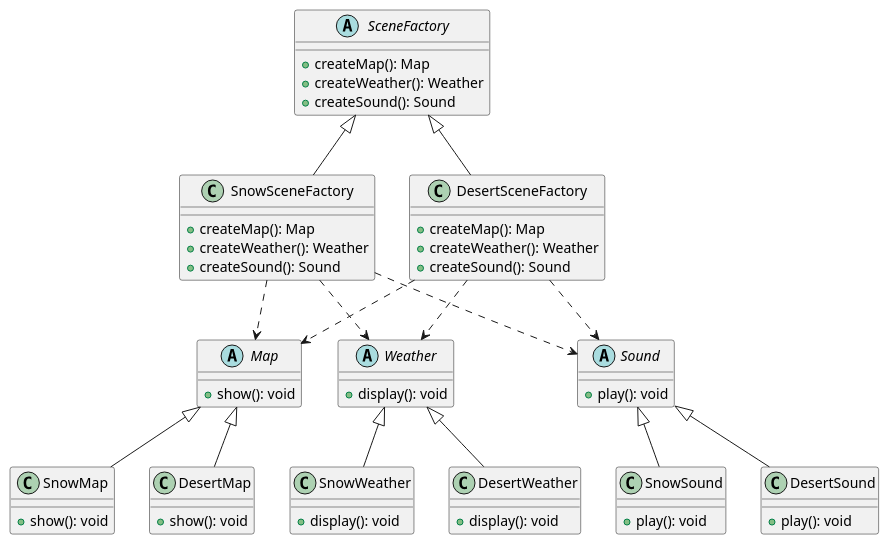
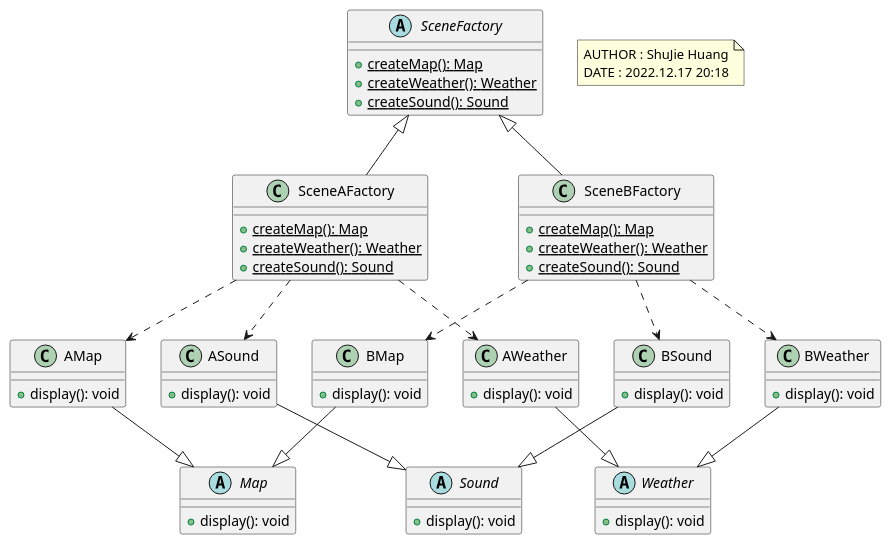
Before and after one commit to Daowaishho/ArchitectureLab2: the diagram in src/main/java/question5/1.puml, drawn with PlantUML. The commit also changed 40 other files, not shown here.

```diff
--- a/src/main/java/question5/1.puml
+++ b/src/main/java/question5/1.puml
@@ -1,64 +1,81 @@
 @startuml
 
 abstract class SceneFactory {
-    +createMap(): Map
-    +createWeather(): Weather
-    +createSound(): Sound
+    + {static} createMap(): Map
+    + {static} createWeather(): Weather
+    + {static} createSound(): Sound
 }
 
-class SnowSceneFactory extends SceneFactory {
-    +createMap(): Map
-    +createWeather(): Weather
-    +createSound(): Sound
+class SceneAFactory {
+    + {static} createMap(): Map
+    + {static} createWeather(): Weather
+    + {static} createSound(): Sound
 }
 
-class DesertSceneFactory extends SceneFactory {
-    +createMap(): Map
-    +createWeather(): Weather
-    +createSound(): Sound
+class SceneBFactory{
+    + {static} createMap(): Map
+    + {static} createWeather(): Weather
+    + {static} createSound(): Sound
 }
 
 abstract class Map {
-    +show(): void
+    + display(): void
 }
 
-class SnowMap extends Map {
-    +show(): void
+class AMap{
+    + display(): void
 }
 
-class DesertMap extends Map {
-    +show(): void
+class BMap {
+    + display(): void
 }
 
 abstract class Weather {
-    +display(): void
+    + display(): void
 }
 
-class SnowWeather extends Weather {
-    +display(): void
+class AWeather {
+    + display(): void
 }
 
-class DesertWeather extends Weather {
-    +display(): void
+class BWeather {
+    + display(): void
 }
 
 abstract class Sound {
-    +play(): void
+    + display(): void
 }
 
-class SnowSound extends Sound {
-    +play(): void
+class ASound {
+    + display(): void
 }
 
-class DesertSound extends Sound {
-    +play(): void
+class BSound {
+    + display(): void
 }
 
-SnowSceneFactory ..> Map
-SnowSceneFactory ..> Weather
-SnowSceneFactory ..> Sound
-DesertSceneFactory ..> Map
-DesertSceneFactory ..> Weather
-DesertSceneFactory ..> Sound
+AWeather -down-|> Weather
+BWeather -down-|> Weather
 
+ASound -down-|> Sound
+BSound -down-|> Sound
+
+AMap -down-|> Map
+BMap -down-|> Map
+
+SceneAFactory .down.> AWeather
+SceneAFactory .down.> ASound
+SceneAFactory .down.> AMap
+
+SceneBFactory .down.> BWeather
+SceneBFactory .down.> BSound
+SceneBFactory .down.> BMap
+
+SceneAFactory -up-|> SceneFactory
+SceneBFactory -up-|> SceneFactory
+
+note as annotation
+  AUTHOR : ShuJie Huang
+  DATE : 2022.12.17 20:18
+end note
 @enduml
```
